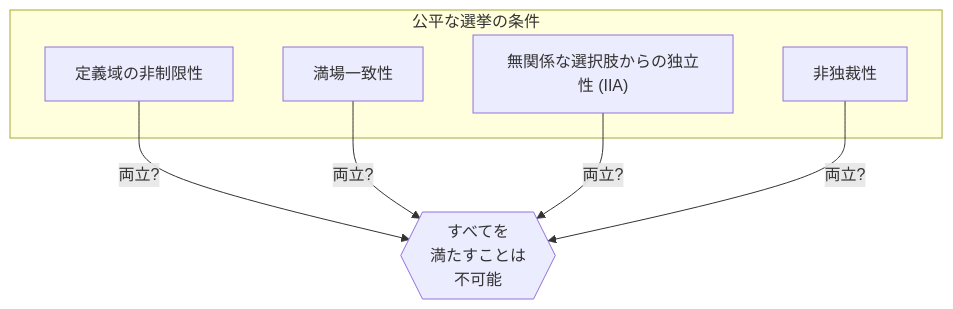
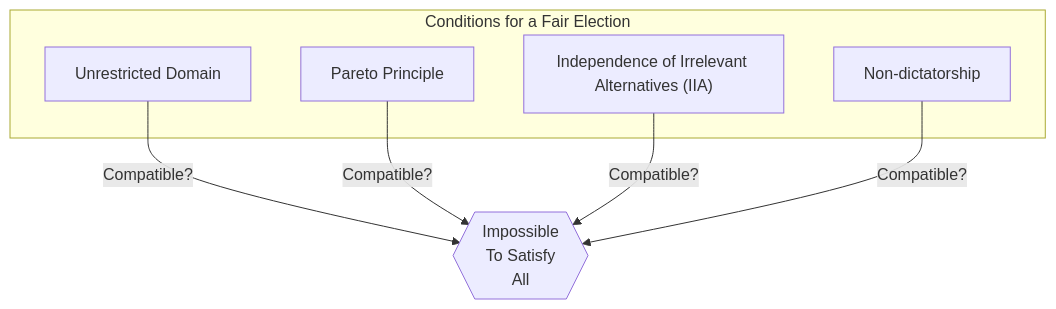
The first of 3 diagrams in content/post/arrows-impossibility-theorem/index.en.md (kenjinote/blog), drawn with Mermaid before and after one commit. The commit also changed other lines of this file and 28 other files, not shown here.

Commit message:
Translate Japanese text inside Mermaid diagrams to respective languages

````diff
--- a/content/post/arrows-impossibility-theorem/index.en.md
+++ b/content/post/arrows-impossibility-theorem/index.en.md
@@ -63,14 +63,14 @@
 ```mermaid
 graph TD
-    subgraph "公平な選挙の条件"
-        C1["定義域の非制限性"]
-        C2["満場一致性"]
-        C3["無関係な選択肢からの独立性 (IIA)"]
-        C4["非独裁性"]
+    subgraph "Conditions for a Fair Election"
+        C1["Unrestricted Domain"]
+        C2["Pareto Principle"]
+        C3["Independence of Irrelevant Alternatives (IIA)"]
+        C4["Non-dictatorship"]
     end
     
-    C1 -->|"両立?"| X{{"すべてを\n満たすことは\n不可能"}}
-    C2 -->|"両立?"| X
-    C3 -->|"両立?"| X
-    C4 -->|"両立?"| X
+    C1 -->|"Compatible?"| X{{"Impossible\nTo Satisfy\nAll"}}
+    C2 -->|"Compatible?"| X
+    C3 -->|"Compatible?"| X
+    C4 -->|"Compatible?"| X
 ```
````
